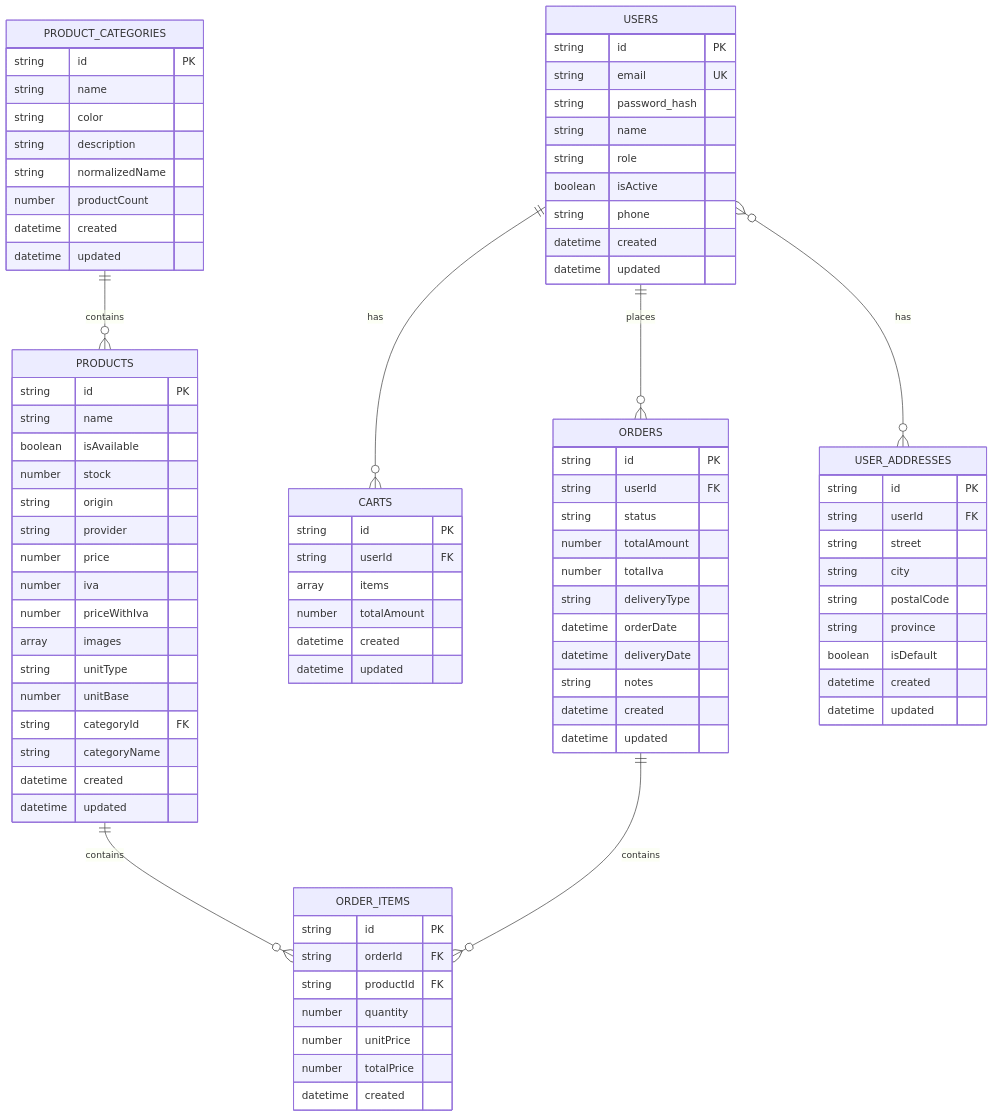
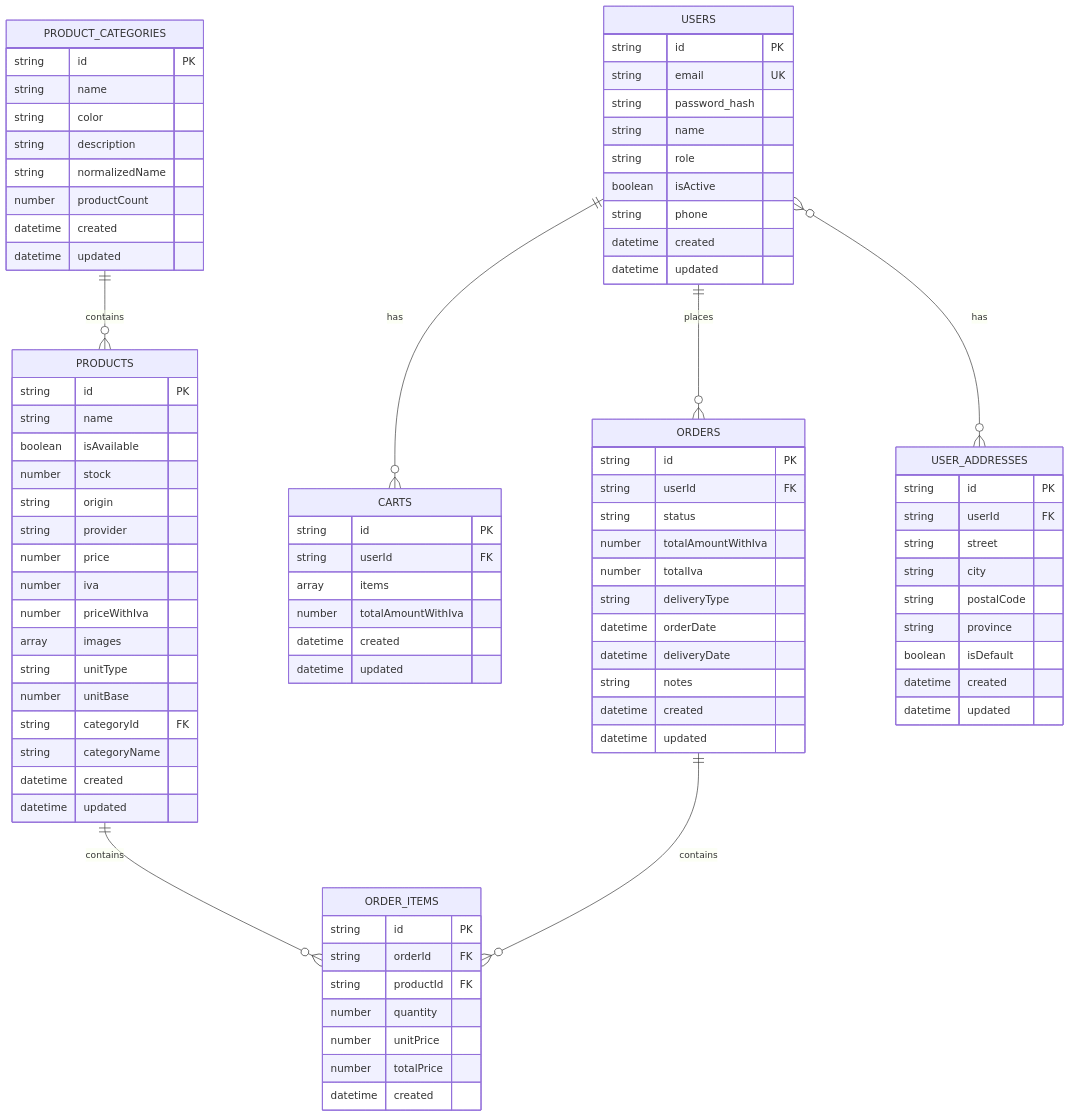
One commit to plastikaweb/plastikspace changed the second of 3 diagrams in .trae/documents/eco-store-technical-architecture.md. Above: the diagram before and after it, drawn with Mermaid. The commit also changed other lines of this file and 75 other files, not shown here.

First line of the commit message:
feat(eco-store/cart): #702 implement cart feature with multi-step flow

```diff
--- a/.trae/documents/eco-store-technical-architecture.md
+++ b/.trae/documents/eco-store-technical-architecture.md
@@ -117,7 +117,7 @@
         string id PK
         string userId FK
         string status
-        number totalAmount
+        number totalAmountWithIva
         number totalIva
         string deliveryType
         datetime orderDate
@@ -141,7 +141,7 @@
         string id PK
         string userId FK
         array items
-        number totalAmount
+        number totalAmountWithIva
         datetime created
         datetime updated
     }
```
